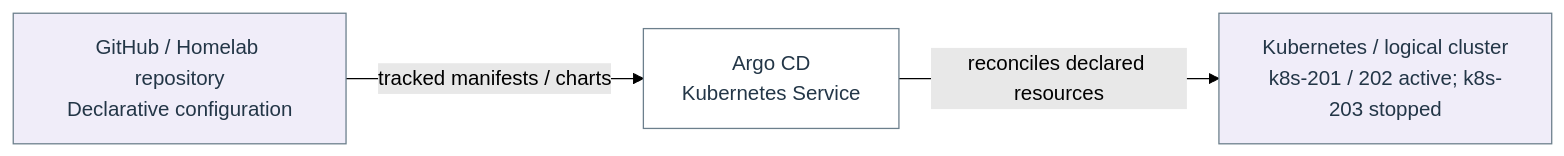
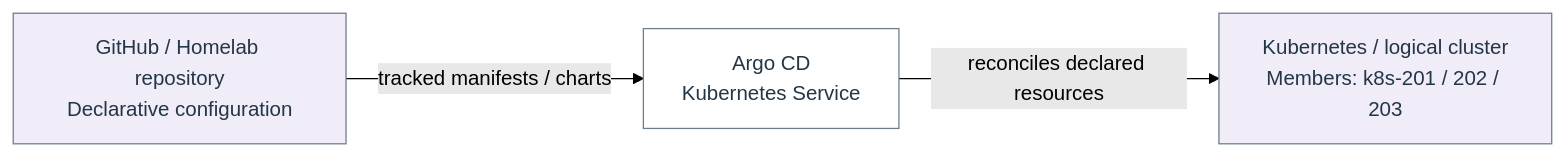
Before and after one commit to Harsh-2002/Homelab: diagram 15 of 22 in docs/architecture/homelab-mermaid.md, drawn with Mermaid (forest theme). The commit also changed other lines of this file and 70 other files, not shown here.

````diff
--- a/docs/architecture/homelab-mermaid.md
+++ b/docs/architecture/homelab-mermaid.md
@@ -505,12 +505,12 @@
 ```mermaid
 flowchart LR
   n_flow_17_0["GitHub / Homelab repository<br/>Declarative configuration"]
   n_flow_17_1["Argo CD<br/>Kubernetes Service"]
-  n_flow_17_2["Kubernetes / logical cluster<br/>k8s-201 / 202 active; k8s-203 stopped"]
+  n_flow_17_2["Kubernetes / logical cluster<br/>Members: k8s-201 / 202 / 203"]
   n_flow_17_0 -->|"tracked manifests / charts"| n_flow_17_1
   n_flow_17_1 -->|"reconciles declared resources"| n_flow_17_2
   classDef c_flow_17_0 fill:#f0edf9,stroke:#6c7f8c,color:#233647;
   class n_flow_17_0,n_flow_17_2 c_flow_17_0;
   classDef c_flow_17_1 fill:#ffffff,stroke:#6c7f8c,color:#233647;
   class n_flow_17_1 c_flow_17_1;
 ```
````
